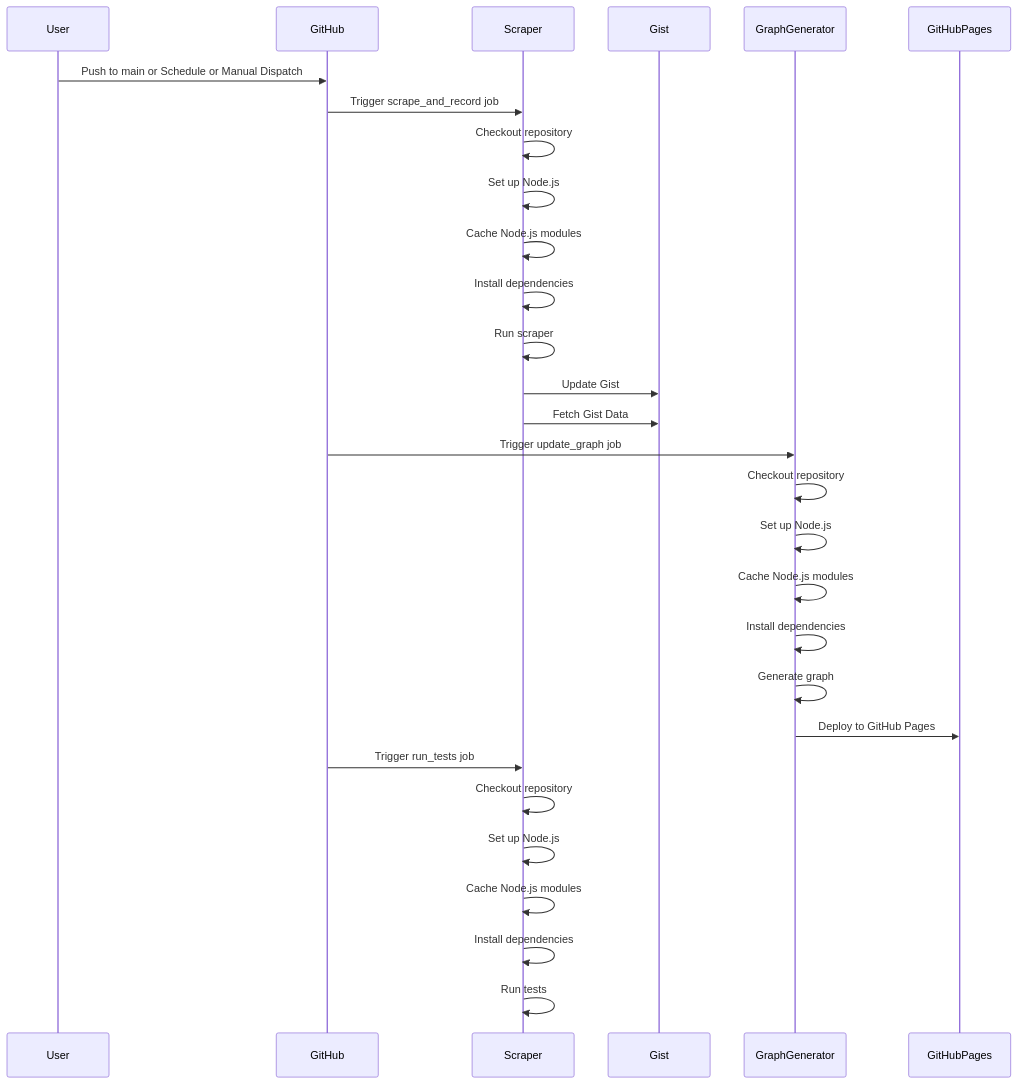
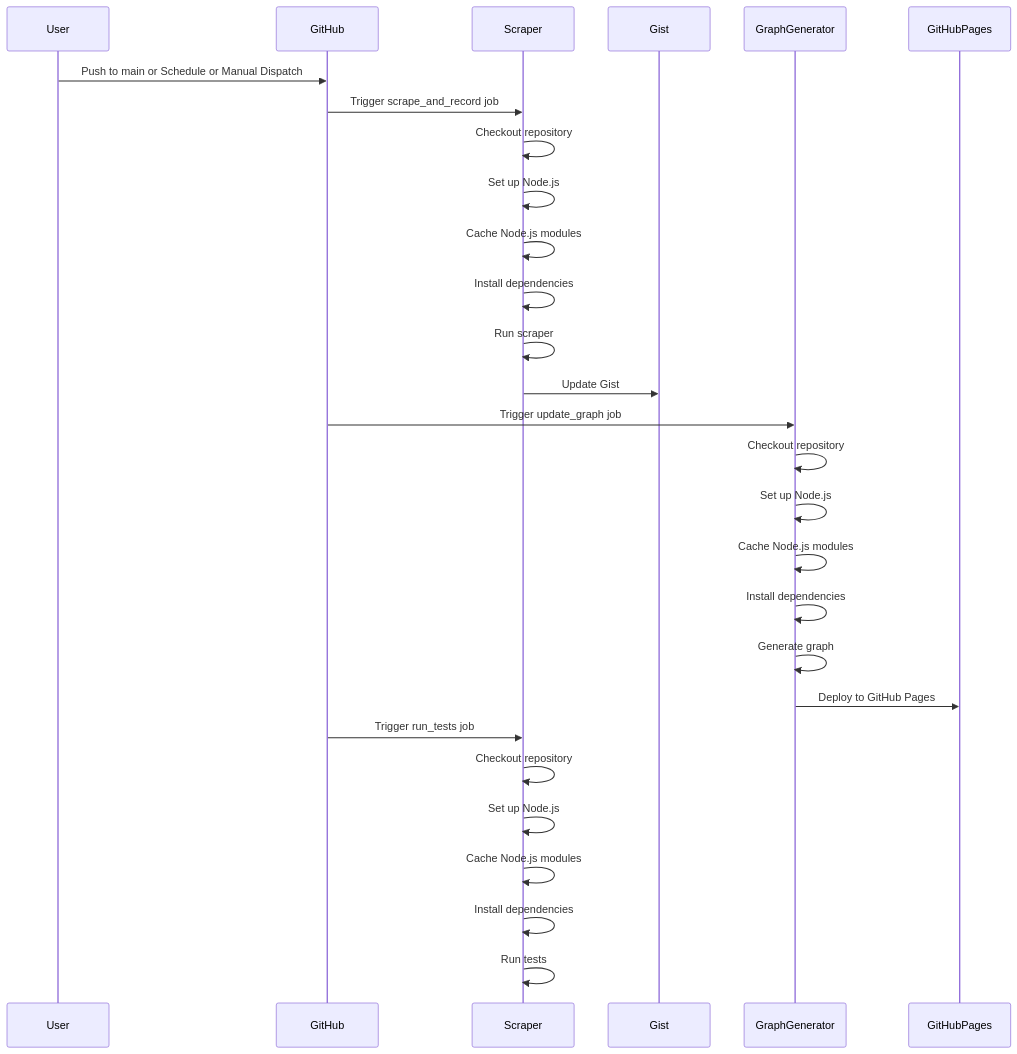
One commit to yasugahira0810/UCSSMonitor changed the diagram in mermaid_flowchart.md. Above: the diagram before and after it, drawn with Mermaid. The commit also changed 2 other files, not shown here.

Commit message:
Update workflow and other changes

````diff
--- a/mermaid_flowchart.md
+++ b/mermaid_flowchart.md
@@ -1,32 +1,31 @@
 ```mermaid
 sequenceDiagram
     participant User
     participant GitHub
     participant Scraper
     participant Gist
     participant GraphGenerator
     participant GitHubPages
 
     User->>GitHub: Push to main or Schedule or Manual Dispatch
     GitHub->>Scraper: Trigger scrape_and_record job
     Scraper->>Scraper: Checkout repository
     Scraper->>Scraper: Set up Node.js
     Scraper->>Scraper: Cache Node.js modules
     Scraper->>Scraper: Install dependencies
     Scraper->>Scraper: Run scraper
     Scraper->>Gist: Update Gist
-    Scraper->>Gist: Fetch Gist Data
     GitHub->>GraphGenerator: Trigger update_graph job
     GraphGenerator->>GraphGenerator: Checkout repository
     GraphGenerator->>GraphGenerator: Set up Node.js
     GraphGenerator->>GraphGenerator: Cache Node.js modules
     GraphGenerator->>GraphGenerator: Install dependencies
     GraphGenerator->>GraphGenerator: Generate graph
     GraphGenerator->>GitHubPages: Deploy to GitHub Pages
     GitHub->>Scraper: Trigger run_tests job
     Scraper->>Scraper: Checkout repository
     Scraper->>Scraper: Set up Node.js
     Scraper->>Scraper: Cache Node.js modules
     Scraper->>Scraper: Install dependencies
     Scraper->>Scraper: Run tests
 ```
````
